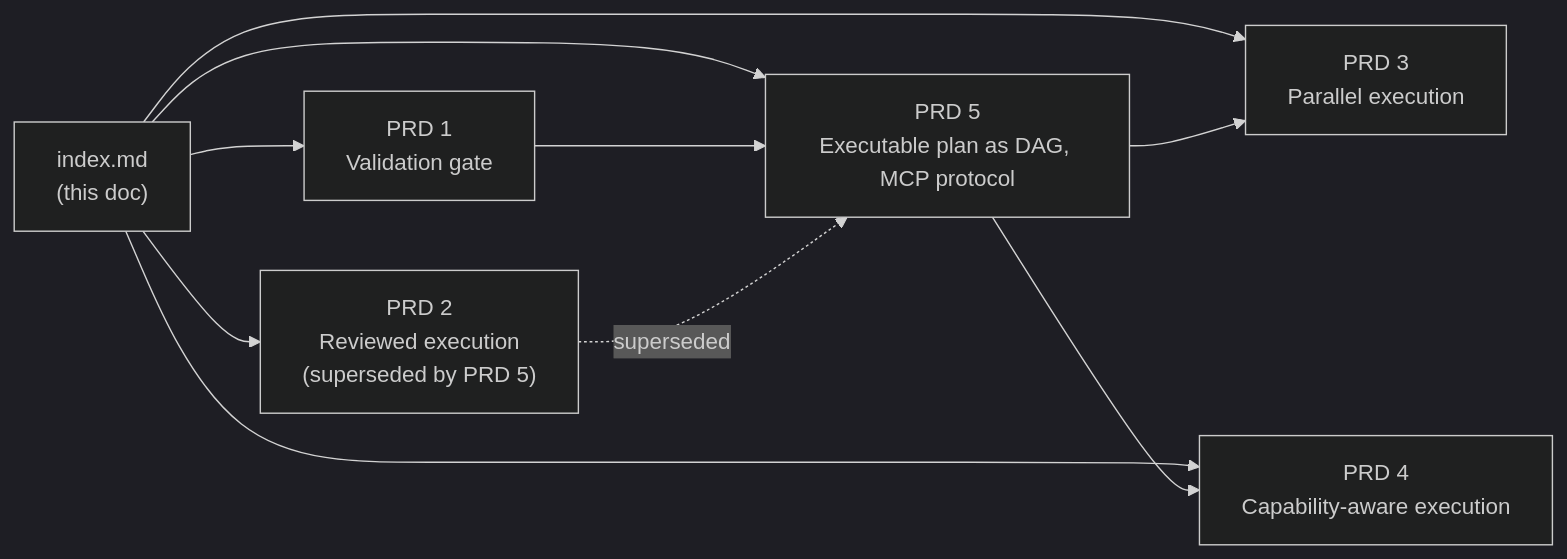
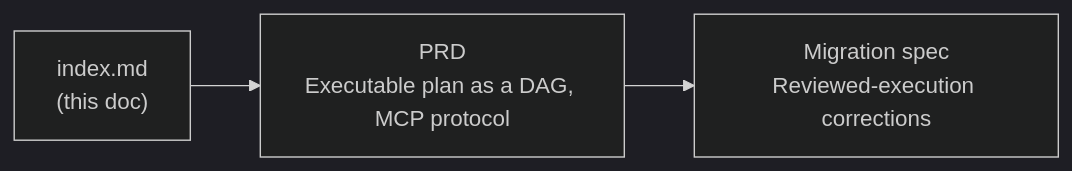
One commit to fgmacedo/buchecha changed the second of 2 diagrams in docs/specs/director/index.md. Above: the diagram before and after it, drawn with Mermaid (dark theme). The commit also changed other lines of this file and 46 other files, not shown here.

````diff
--- a/docs/specs/director/index.md
+++ b/docs/specs/director/index.md
@@ -124,12 +95,5 @@
 ```mermaid
 graph LR
-    INIT["index.md<br/>(this doc)"] --> P1["PRD 1<br/>Validation gate"]
-    INIT --> P2["PRD 2<br/>Reviewed execution<br/>(superseded by PRD 5)"]
-    INIT --> P3["PRD 3<br/>Parallel execution"]
-    INIT --> P4["PRD 4<br/>Capability-aware execution"]
-    INIT --> P5["PRD 5<br/>Executable plan as DAG, MCP protocol"]
-    P1 --> P5
-    P2 -.superseded.-> P5
-    P5 --> P3
-    P5 --> P4
+    INIT["index.md<br/>(this doc)"] --> PRD["PRD<br/>Executable plan as a DAG, MCP protocol"]
+    PRD --> SPEC["Migration spec<br/>Reviewed-execution corrections"]
 ```
````
